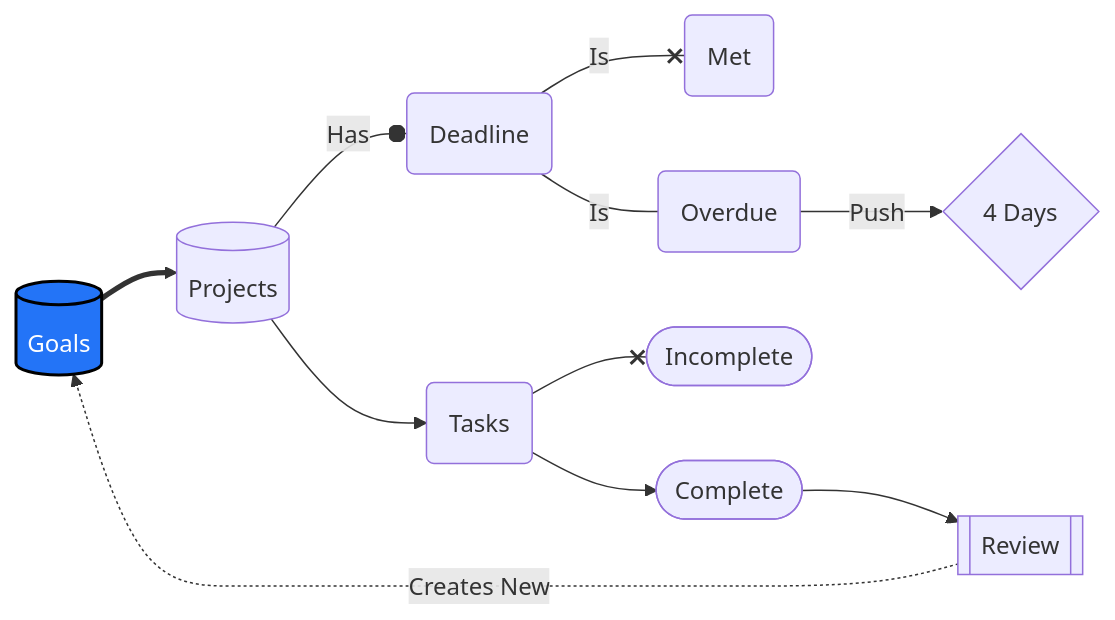
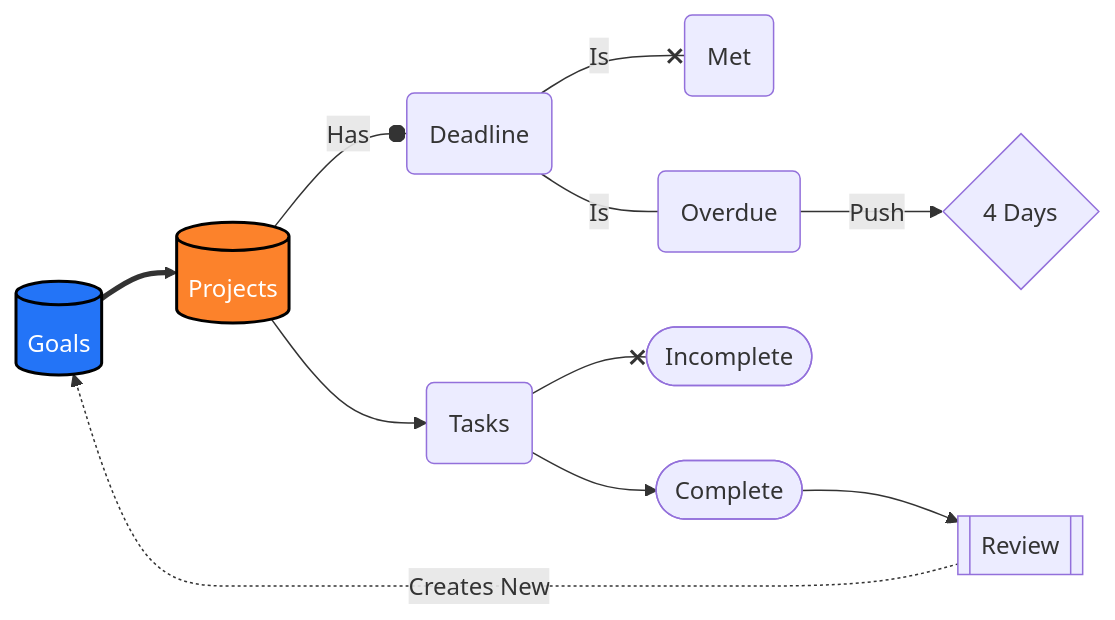
Before and after one commit to acatlin/mermaid: the diagram in goals.md, drawn with Mermaid.

Commit message:
Update goals.md
v19

````diff
--- a/goals.md
+++ b/goals.md
@@ -1,26 +1,27 @@
 ``` mermaid
 
 flowchart LR
 
   %% Colors %%
   classDef blue fill:#2374f7,stroke:#000,stroke-width:2px,color:#fff
+  classDef orange fill:#fc822b,stroke:#000,stroke-width:2px,color:#fff
 
   %% goals %%
 
-  G[(Goals)]:::blue ==> P[(Projects)]
+  G[(Goals)]:::blue ==> P[(Projects)]:::orange
 
   P --o |Has| PD(Deadline)
   PD --x |Is| MT(Met)
   PD --- |Is| OV(Overdue)
   OV --> |Push| FOV{4 Days}
 
   P --> PT(Tasks)
 
 
   PT --x IC([Incomplete])
 
   PT --> C([Complete])
   C --> R[[Review]]
   R -..->|Creates New| G
 
 ```
````
